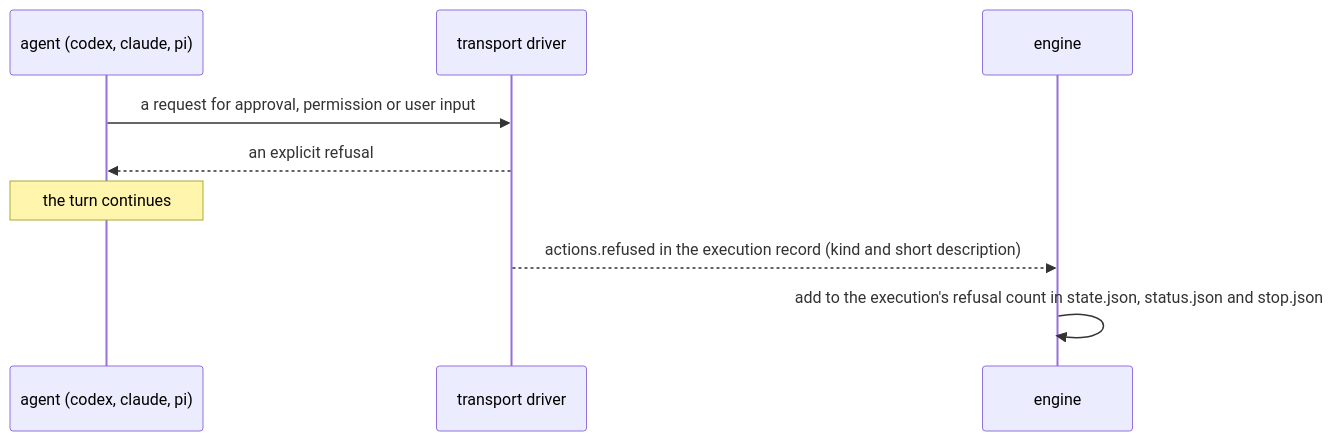
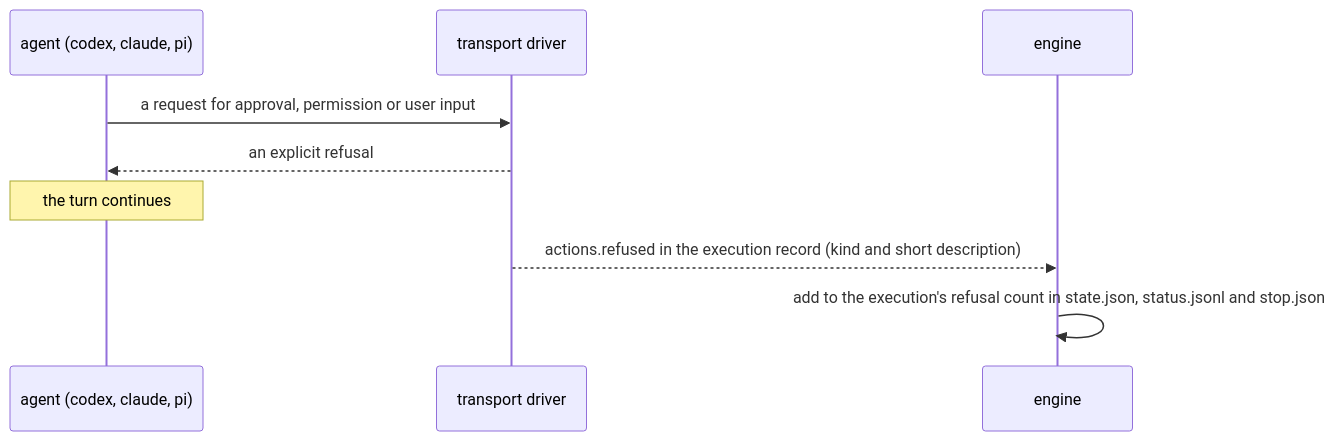
Before and after one commit to takezoh/loop-engine: the seventh of 8 diagrams in ARCHITECTURE.md, drawn with Mermaid. The commit also changed other lines of this file and 10 other files, not shown here.

````diff
--- a/ARCHITECTURE.md
+++ b/ARCHITECTURE.md
@@ -285,11 +285,11 @@
 ```mermaid
 sequenceDiagram
   participant G as agent (codex, claude, pi)
   participant D as transport driver
   participant U as engine
   G->>D: a request for approval, permission or user input
   D-->>G: an explicit refusal
   Note over G: the turn continues
   D-->>U: actions.refused in the execution record (kind and short description)
-  U->>U: add to the execution's refusal count in state.json, status.json and stop.json
+  U->>U: add to the execution's refusal count in state.json, status.jsonl and stop.json
 ```
````
